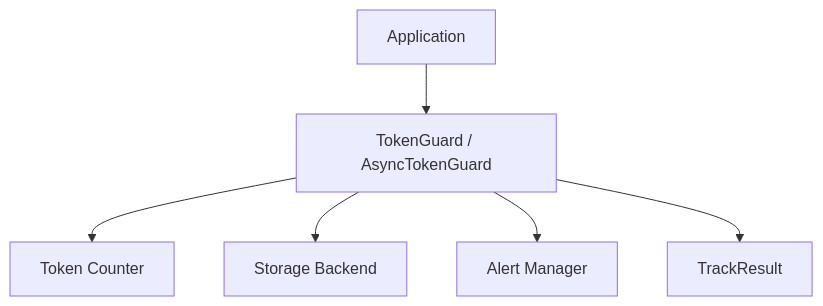
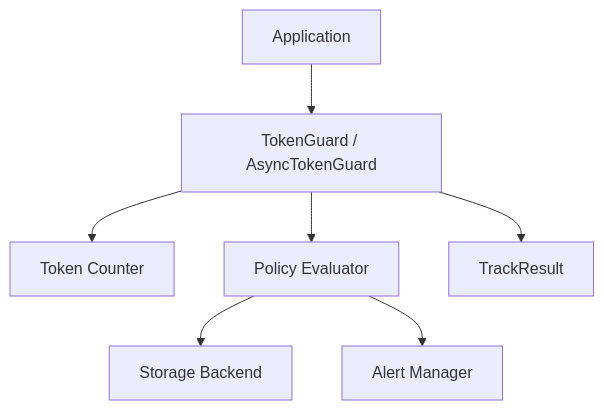
The diagram in README.md (abhijitgunjal/token_guard), drawn with Mermaid before and after one commit. The commit also changed other lines of this file and 8 other files, not shown here.

````diff
--- a/README.md
+++ b/README.md
@@ -80,8 +87,9 @@
 ```mermaid
 graph TD
     App[Application] --> TG[TokenGuard / AsyncTokenGuard]
     TG --> Counter[Token Counter]
-    TG --> Storage[Storage Backend]
-    TG --> Alerts[Alert Manager]
+    TG --> Policy[Policy Evaluator]
+    Policy --> Storage[Storage Backend]
+    Policy --> Alerts[Alert Manager]
     TG --> Result[TrackResult]
 ```
````
